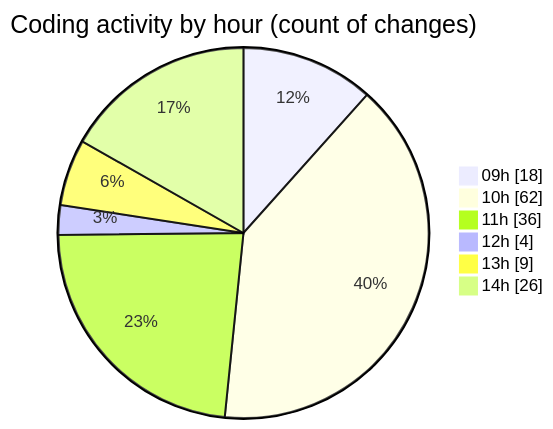
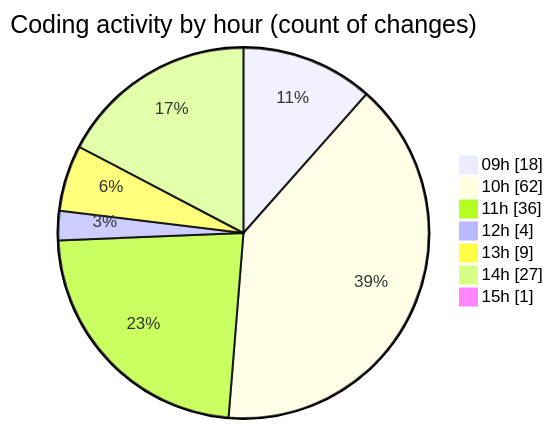
One commit to momahboobian/code-tracking changed the second of 2 diagrams in 2025-07-01/cda/README.md. Above: the diagram before and after it, drawn with Mermaid. The commit also changed other lines of this file and 1 other file, not shown here.

````diff
--- a/2025-07-01/cda/README.md
+++ b/2025-07-01/cda/README.md
@@ -53,10 +53,11 @@
 ```mermaid
 pie showData
 title Coding activity by hour (count of changes)
 "09h" : 18
 "10h" : 62
 "11h" : 36
 "12h" : 4
 "13h" : 9
-"14h" : 26
+"14h" : 27
+"15h" : 1
 ```
````
